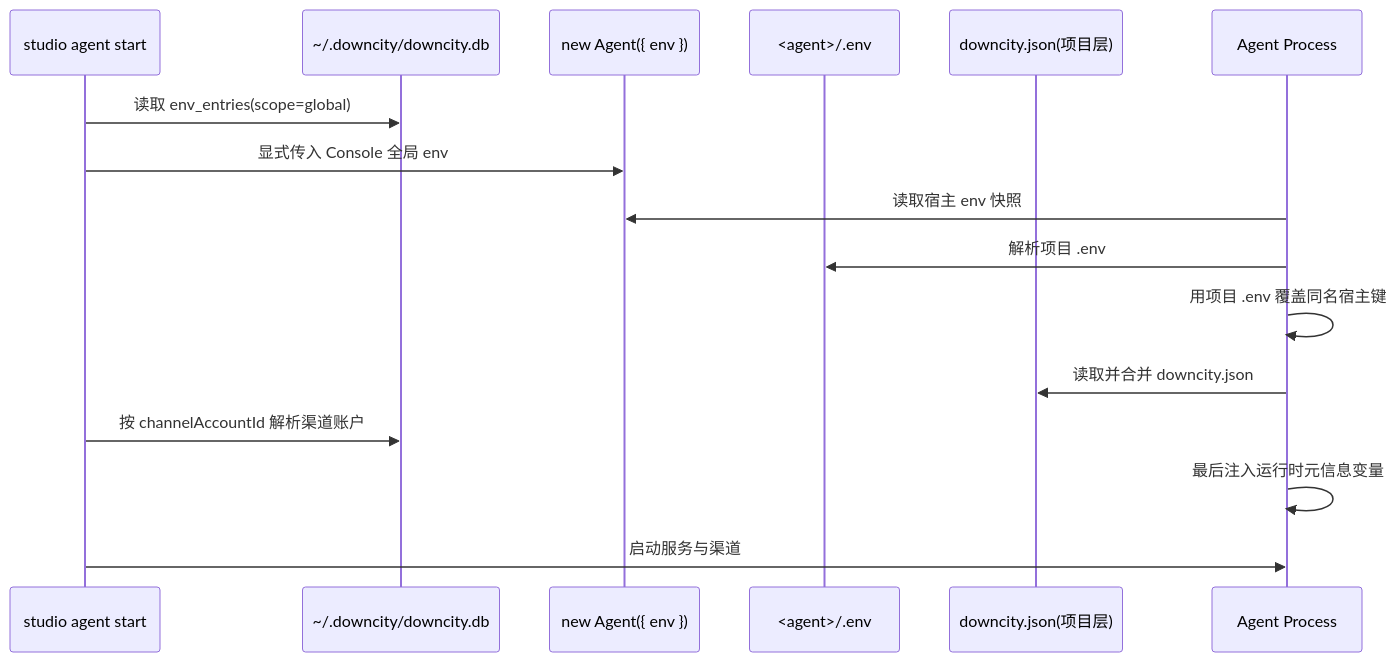
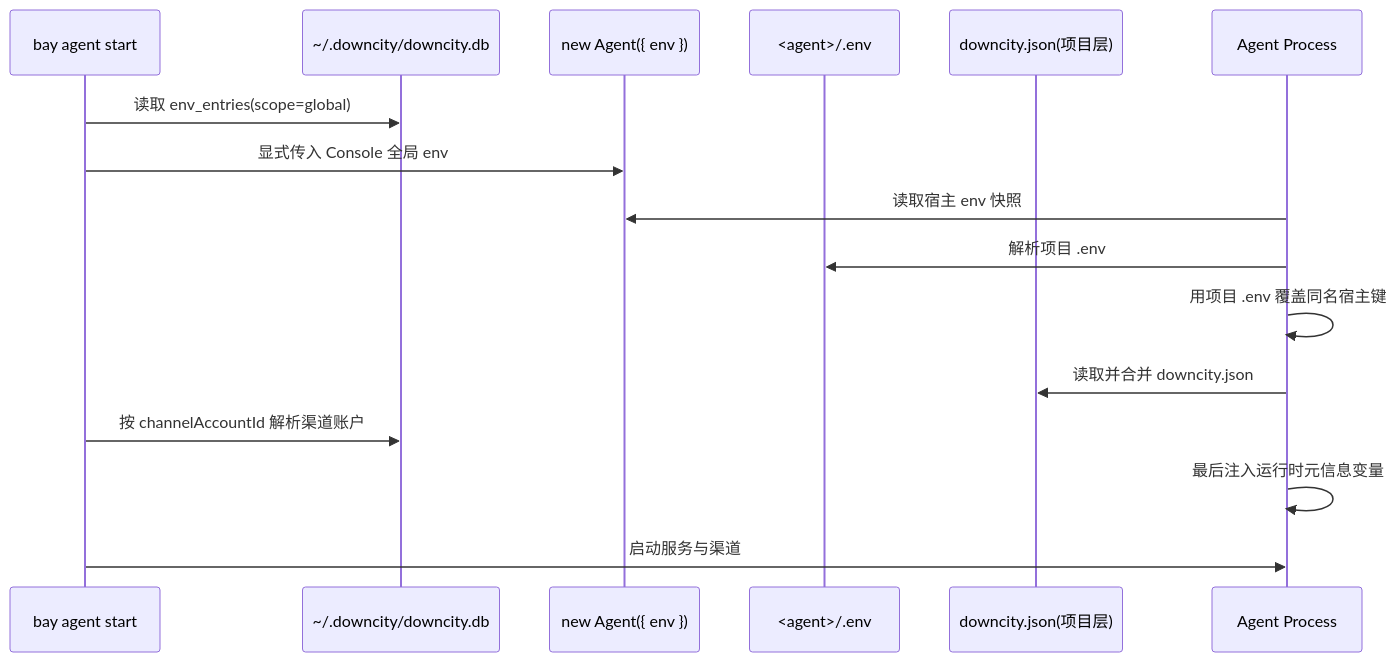
The first of 2 diagrams in homepage/content/docs/zh/configuration/environment-variables.mdx (wangenius/downcity), drawn with Mermaid before and after one commit. The commit also changed other lines of this file and 447 other files, not shown here.

Commit message:
feat(cli): rename studio command to bay

````diff
--- a/homepage/content/docs/zh/configuration/environment-variables.mdx
+++ b/homepage/content/docs/zh/configuration/environment-variables.mdx
@@ -37,19 +37,19 @@
 ```mermaid
 sequenceDiagram
-  participant CLI as studio agent start
+  participant CLI as bay agent start
   participant DB as ~/.downcity/downcity.db
   participant HOST as new Agent({ env })
   participant ENV as <agent>/.env
   participant JSON as downcity.json(项目层)
   participant RT as Agent Process
 
   CLI->>DB: 读取 env_entries(scope=global)
   CLI->>HOST: 显式传入 Console 全局 env
   RT->>HOST: 读取宿主 env 快照
   RT->>ENV: 解析项目 .env
   RT->>RT: 用项目 .env 覆盖同名宿主键
   RT->>JSON: 读取并合并 downcity.json
   CLI->>DB: 按 channelAccountId 解析渠道账户
   RT->>RT: 最后注入运行时元信息变量
   CLI->>RT: 启动服务与渠道
 ```
````
